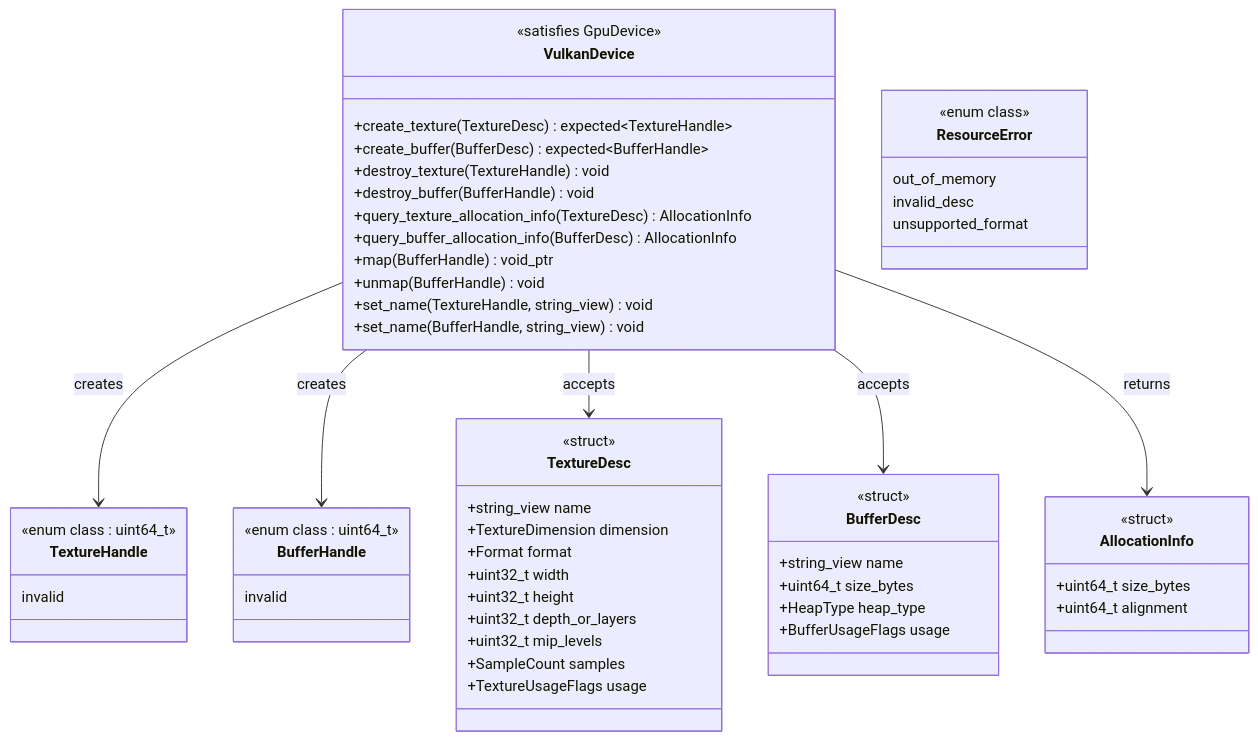
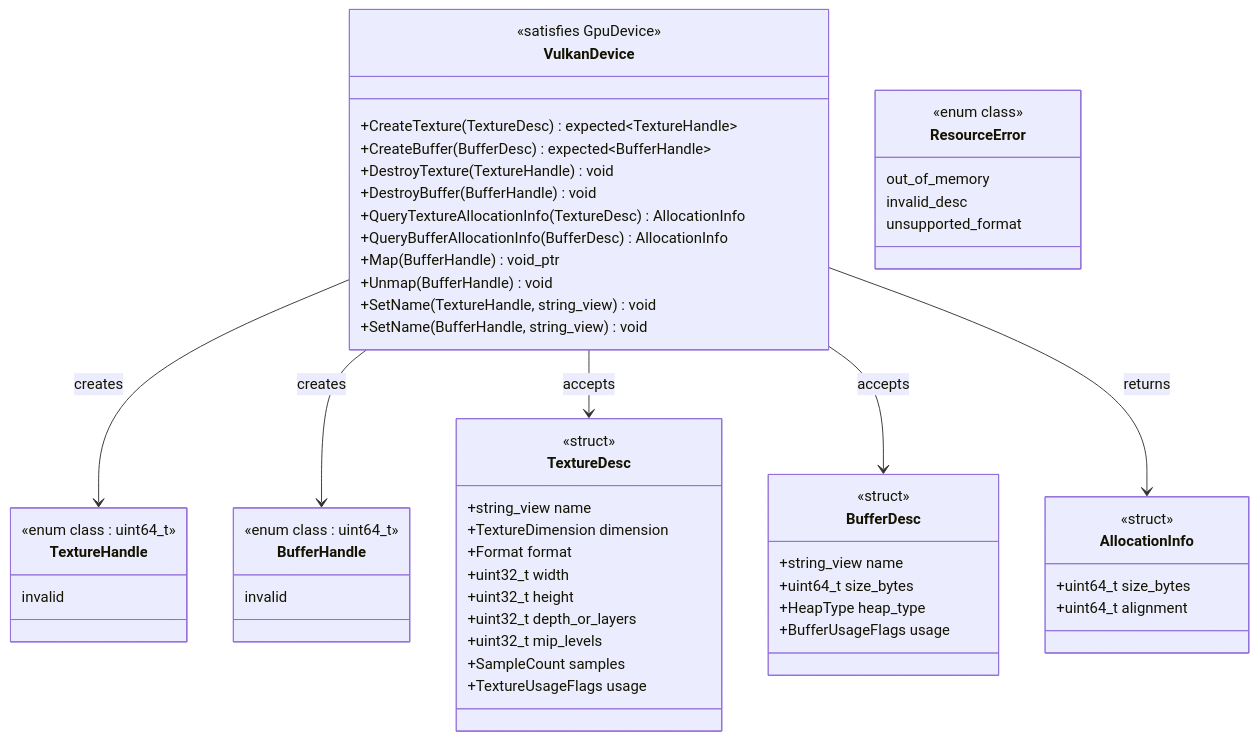
One commit to harmonius-dev/harmonius changed the fifth of 34 diagrams in docs/design/gpu-backend-vulkan-classes.md. Above: the diagram before and after it, drawn with Mermaid. The commit also changed other lines of this file and 67 other files, not shown here.

````diff
--- a/docs/design/gpu-backend-vulkan-classes.md
+++ b/docs/design/gpu-backend-vulkan-classes.md
@@ -251,60 +251,60 @@
 ```mermaid
 classDiagram
     class VulkanDevice {
         <<satisfies GpuDevice>>
-        +create_texture(TextureDesc) expected~TextureHandle~
-        +create_buffer(BufferDesc) expected~BufferHandle~
-        +destroy_texture(TextureHandle) void
-        +destroy_buffer(BufferHandle) void
-        +query_texture_allocation_info(TextureDesc) AllocationInfo
-        +query_buffer_allocation_info(BufferDesc) AllocationInfo
-        +map(BufferHandle) void_ptr
-        +unmap(BufferHandle) void
-        +set_name(TextureHandle, string_view) void
-        +set_name(BufferHandle, string_view) void
+        +CreateTexture(TextureDesc) expected~TextureHandle~
+        +CreateBuffer(BufferDesc) expected~BufferHandle~
+        +DestroyTexture(TextureHandle) void
+        +DestroyBuffer(BufferHandle) void
+        +QueryTextureAllocationInfo(TextureDesc) AllocationInfo
+        +QueryBufferAllocationInfo(BufferDesc) AllocationInfo
+        +Map(BufferHandle) void_ptr
+        +Unmap(BufferHandle) void
+        +SetName(TextureHandle, string_view) void
+        +SetName(BufferHandle, string_view) void
     }
     class TextureHandle {
         <<enum class : uint64_t>>
         invalid
     }
     class BufferHandle {
         <<enum class : uint64_t>>
         invalid
     }
     class TextureDesc {
         <<struct>>
         +string_view name
         +TextureDimension dimension
         +Format format
         +uint32_t width
         +uint32_t height
         +uint32_t depth_or_layers
         +uint32_t mip_levels
         +SampleCount samples
         +TextureUsageFlags usage
     }
     class BufferDesc {
         <<struct>>
         +string_view name
         +uint64_t size_bytes
         +HeapType heap_type
         +BufferUsageFlags usage
     }
     class AllocationInfo {
         <<struct>>
         +uint64_t size_bytes
         +uint64_t alignment
     }
     class ResourceError {
         <<enum class>>
         out_of_memory
         invalid_desc
         unsupported_format
     }
 
     VulkanDevice --> TextureHandle : creates
     VulkanDevice --> BufferHandle : creates
     VulkanDevice --> TextureDesc : accepts
     VulkanDevice --> BufferDesc : accepts
     VulkanDevice --> AllocationInfo : returns
 ```
````
